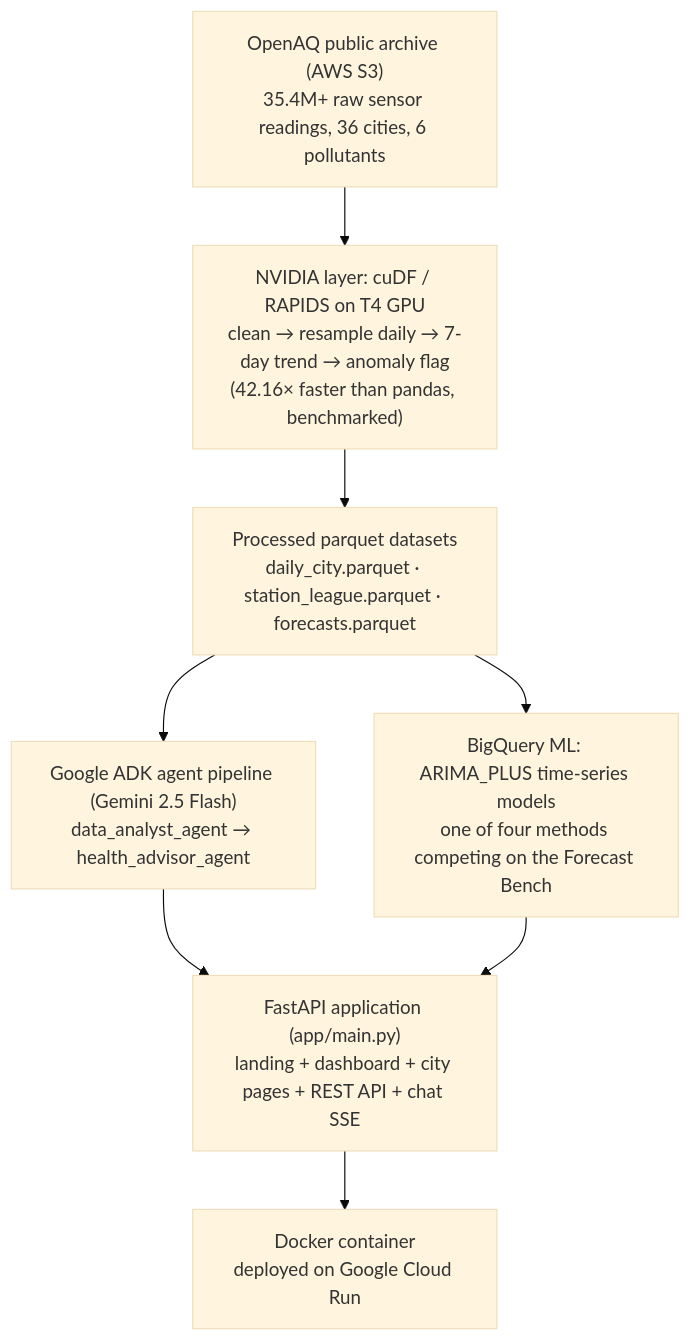
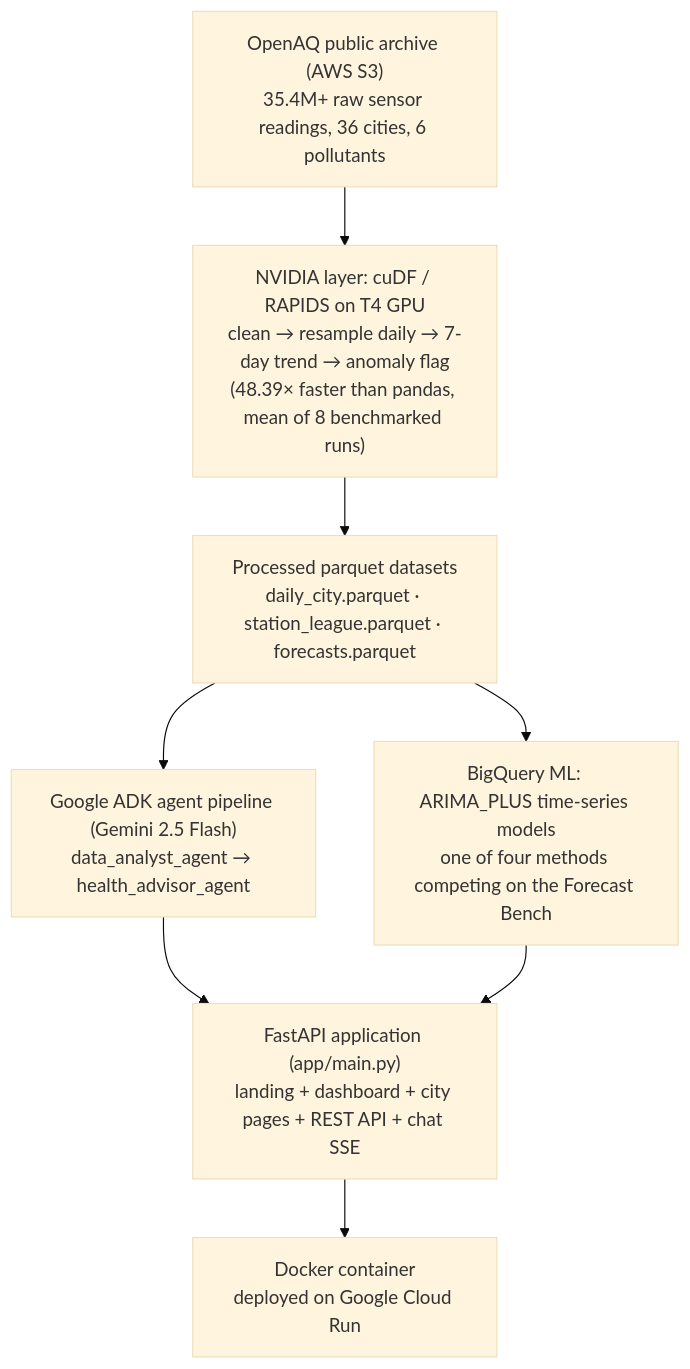
Before and after one commit to anshul23102/vayusense: the first of 2 diagrams in README.md, drawn with Mermaid (base theme). The commit also changed other lines of this file and 6 other files, not shown here.

````diff
--- a/README.md
+++ b/README.md
@@ -201,11 +201,11 @@
 ```mermaid
 flowchart TD
     A["OpenAQ public archive (AWS S3)\n35.4M+ raw sensor readings, 36 cities, 6 pollutants"] --> B
-    B["NVIDIA layer: cuDF / RAPIDS on T4 GPU\nclean → resample daily → 7-day trend → anomaly flag\n(42.16× faster than pandas, benchmarked)"] --> C
+    B["NVIDIA layer: cuDF / RAPIDS on T4 GPU\nclean → resample daily → 7-day trend → anomaly flag\n(48.39× faster than pandas, mean of 8 benchmarked runs)"] --> C
     C["Processed parquet datasets\ndaily_city.parquet · station_league.parquet · forecasts.parquet"] --> D
     C --> E
     D["Google ADK agent pipeline (Gemini 2.5 Flash)\ndata_analyst_agent → health_advisor_agent"] --> F
     E["BigQuery ML: ARIMA_PLUS time-series models\none of four methods competing on the Forecast Bench"] --> F
     F["FastAPI application (app/main.py)\nlanding + dashboard + city pages + REST API + chat SSE"] --> G
     G["Docker container\ndeployed on Google Cloud Run"]
 ```
````
